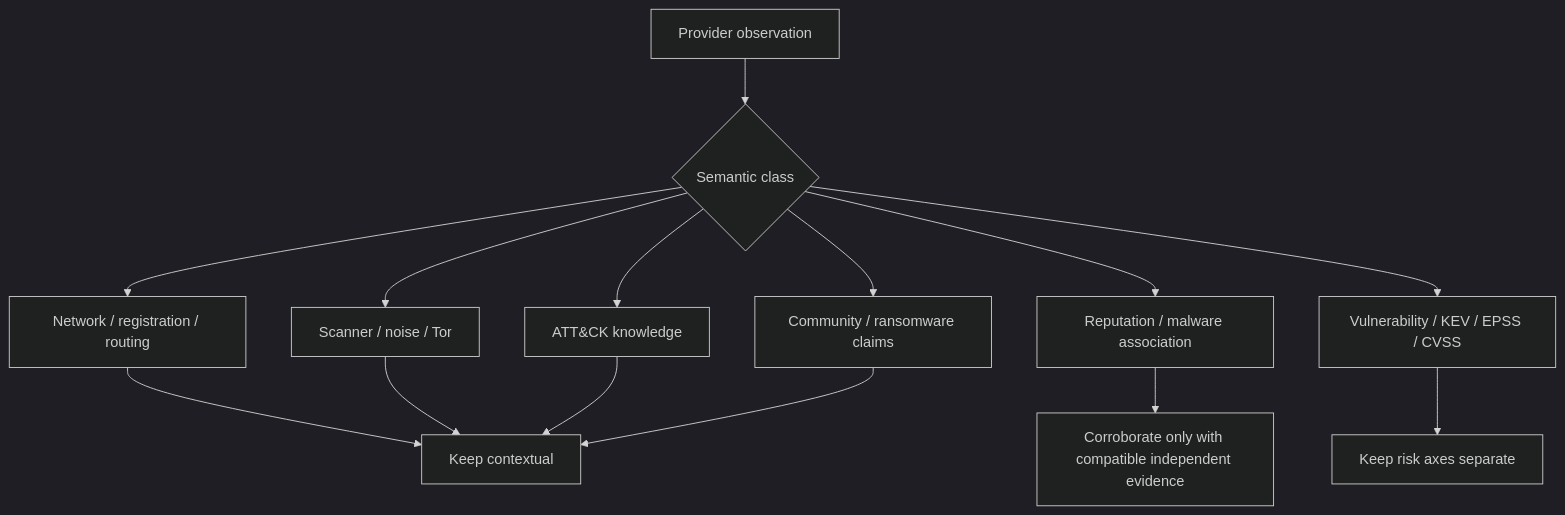
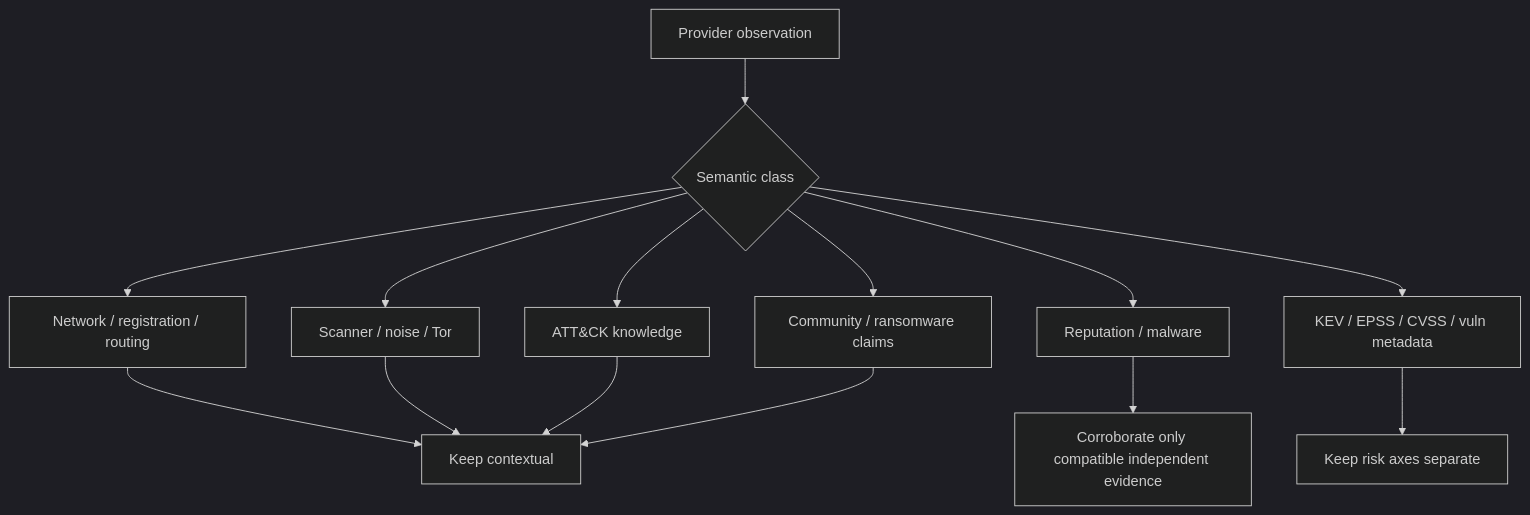
The second of 4 diagrams in README.md (ger1e/cti-enrichment-gateway), drawn with Mermaid (dark theme) before and after one commit. The commit also changed other lines of this file, not shown here.

````diff
--- a/README.md
+++ b/README.md
@@ -105,17 +77,17 @@
 ```mermaid
 flowchart TB
     O[Provider observation] --> C{Semantic class}
     C --> N[Network / registration / routing]
     C --> S[Scanner / noise / Tor]
-    C --> R[Reputation / malware association]
-    C --> V[Vulnerability / KEV / EPSS / CVSS]
+    C --> R[Reputation / malware]
+    C --> V[KEV / EPSS / CVSS / vuln metadata]
     C --> A[ATT&CK knowledge]
     C --> X[Community / ransomware claims]
 
     N --> K[Keep contextual]
     S --> K
     A --> K
     X --> K
-    R --> T[Corroborate only with compatible independent evidence]
+    R --> T[Corroborate only compatible independent evidence]
     V --> Y[Keep risk axes separate]
 ```
````
